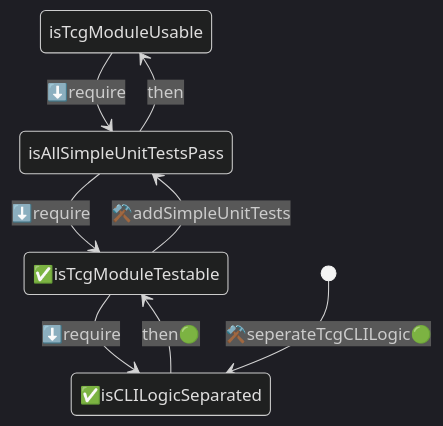
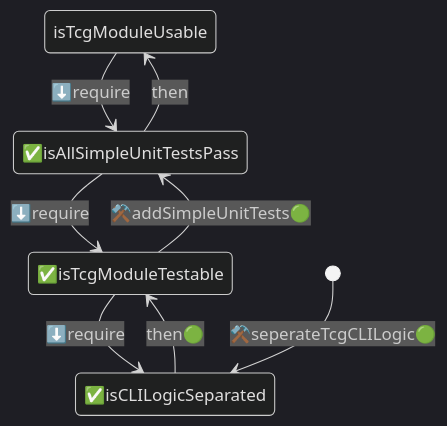
The diagram in TODO/requirements.md (oushanskeen/testable-contract-graph), drawn with Mermaid (dark theme) before and after one commit. The commit also changed 5 other files, not shown here.

First line of the commit message:
all simple happy path unit tests passes

````diff
--- a/TODO/requirements.md
+++ b/TODO/requirements.md
@@ -1,23 +1,23 @@
 ```mermaid
     stateDiagram-v2
 
-    isTcgModuleUsable --> isAllSimpleUnitTestsPass: ⬇️require
-    isAllSimpleUnitTestsPass --> isTcgModuleUsable: then
+    isTcgModuleUsable --> ✅isAllSimpleUnitTestsPass: ⬇️require
+    ✅isAllSimpleUnitTestsPass --> isTcgModuleUsable: then
 
-    isAllSimpleUnitTestsPass --> ✅isTcgModuleTestable: ⬇️require
-    ✅isTcgModuleTestable --> isAllSimpleUnitTestsPass: ⚒️addSimpleUnitTests
+    ✅isAllSimpleUnitTestsPass --> ✅isTcgModuleTestable: ⬇️require
+    ✅isTcgModuleTestable --> ✅isAllSimpleUnitTestsPass: ⚒️addSimpleUnitTests🟢
     %% added: 27.11.25T10:25
-    %% started: -
-    %% finished: -
+    %% started: 27.11.25T10:40
+    %% finished: 28.11.25T08:40
 
 
     ✅isTcgModuleTestable --> ✅isCLILogicSeparated : ⬇️require
     ✅isCLILogicSeparated --> ✅isTcgModuleTestable : then🟢
 
     [*] --> ✅isCLILogicSeparated: ⚒️seperateTcgCLILogic🟢
     %% added: 27.11.25T10:27
     %% started: 27.11.25T10:27
     %% finished: 27.11.25T10:32
 
     
 ```
````
